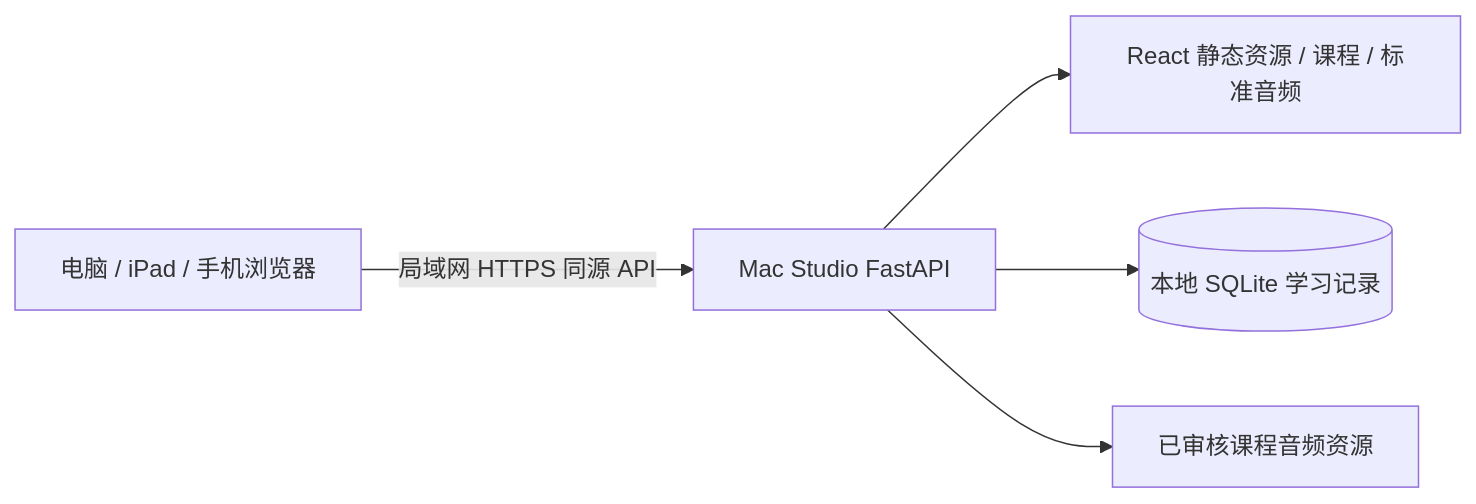
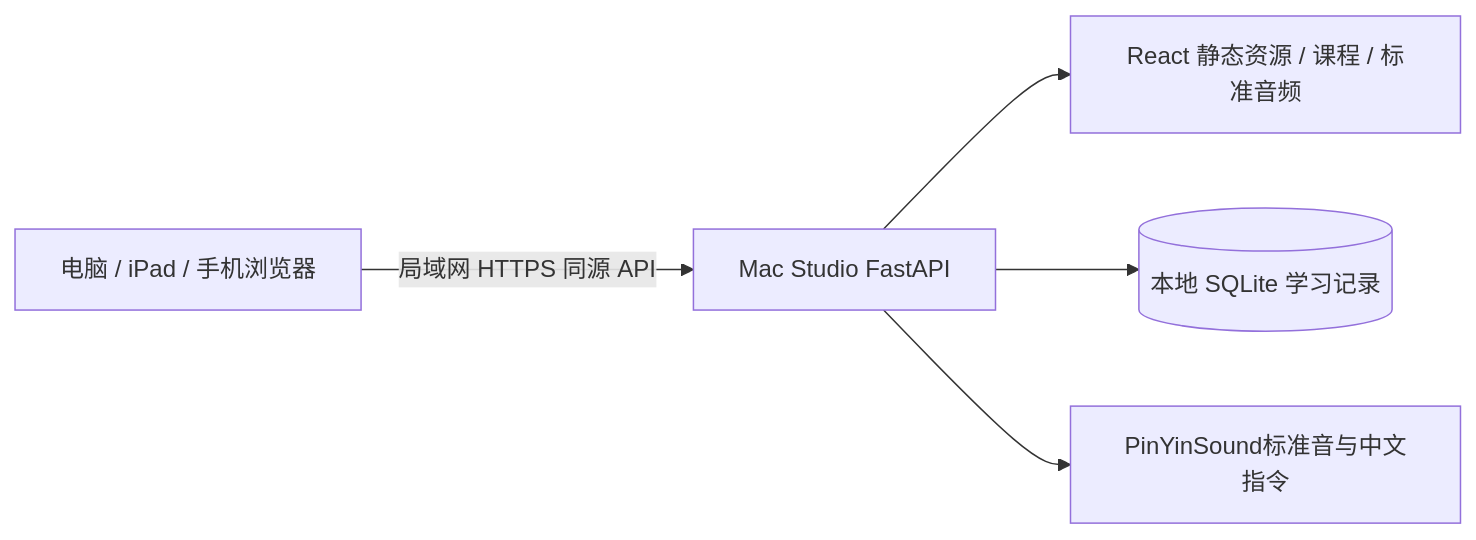
One commit to yizhouxw/love-pinyin changed the diagram in docs/architecture.md. Above: the diagram before and after it, drawn with Mermaid. The commit also changed other lines of this file and 57 other files, not shown here.

Commit message:
refactor(SPEC-003): trust PinYinSound and remove audio review workflow

````diff
--- a/docs/architecture.md
+++ b/docs/architecture.md
@@ -11,7 +11,7 @@
 ```mermaid
 flowchart LR
   Browser[电脑 / iPad / 手机浏览器] -->|局域网 HTTPS 同源 API| API[Mac Studio FastAPI]
   API --> Web[React 静态资源 / 课程 / 标准音频]
   API --> DB[(本地 SQLite 学习记录)]
-  API --> Assets[已审核课程音频资源]
+  API --> Assets[PinYinSound标准音与中文指令]
 ```
````
